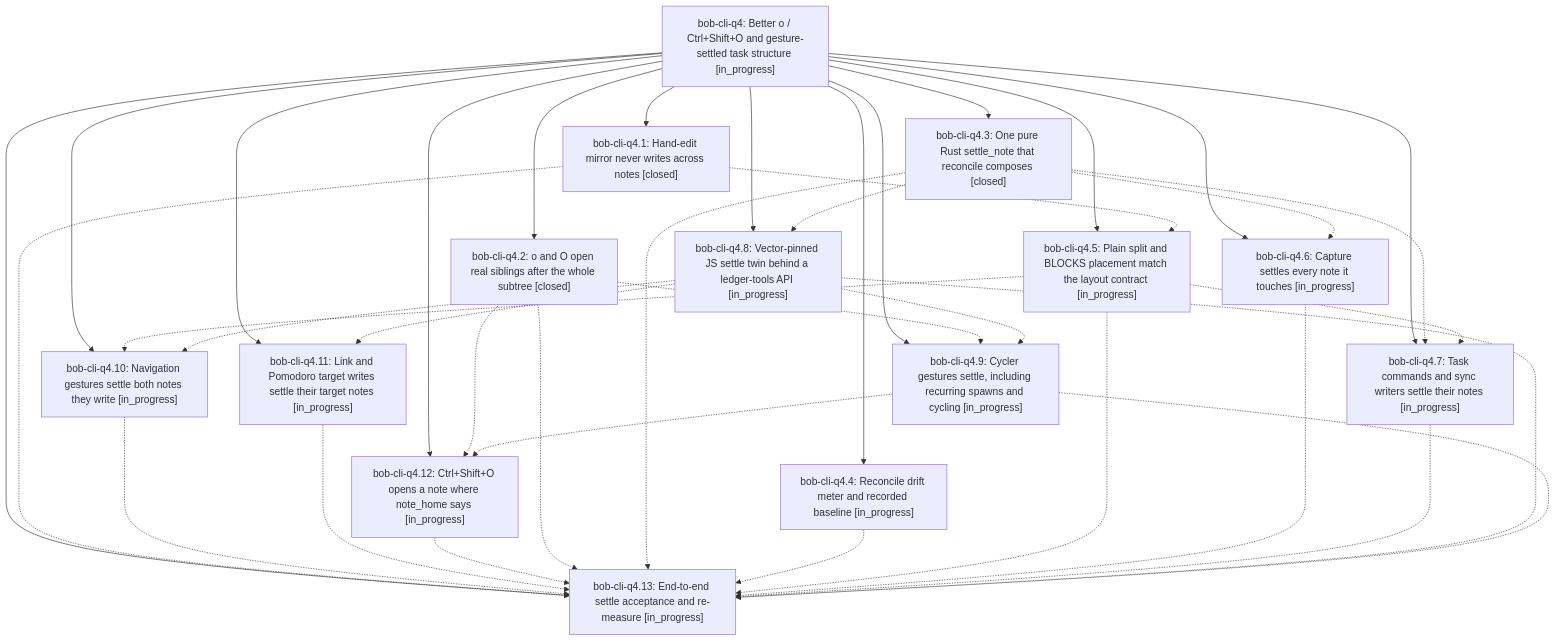
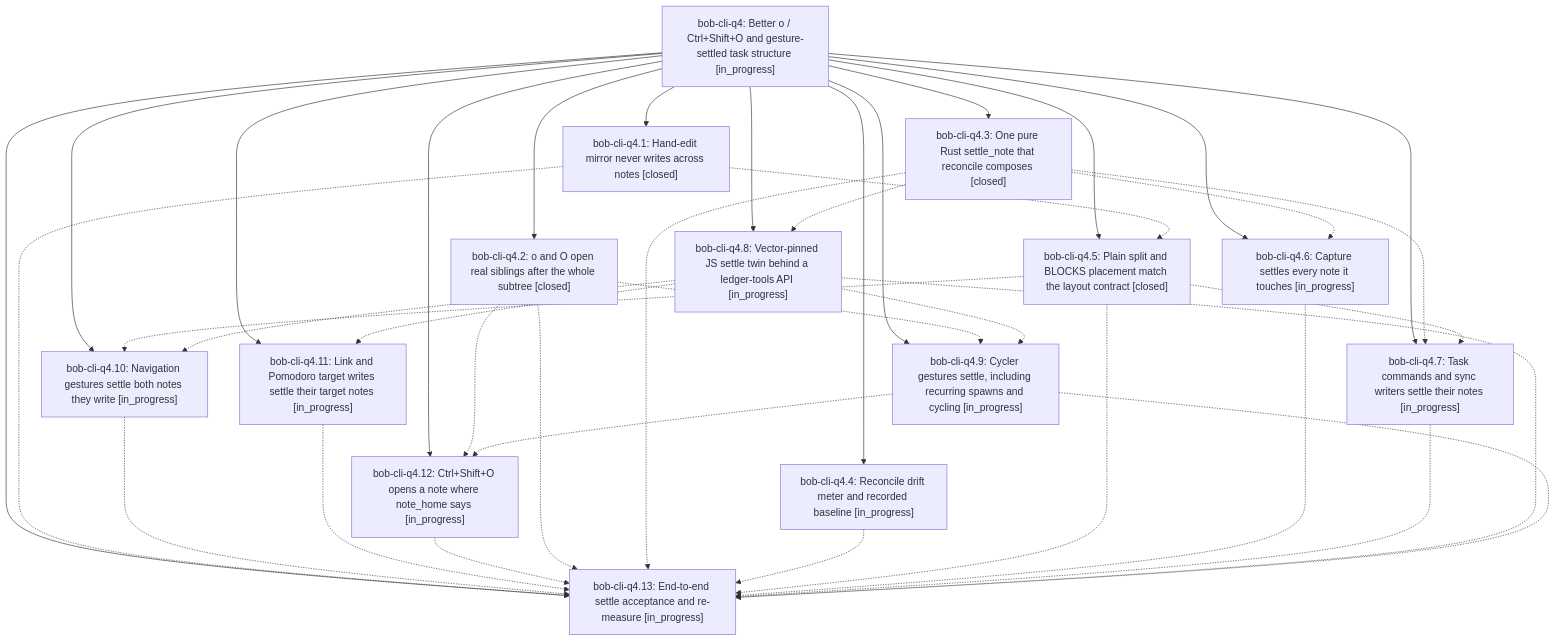
The diagram in pages/bob-cli-q4/README.md (bobs-org/bob-cli--beads), drawn with Mermaid before and after one commit. The commit also changed other lines of this file and 4 other files, not shown here.

First line of the commit message:
chore(beads): sync bead state and pages for bob-cli-q4

````diff
--- a/pages/bob-cli-q4/README.md
+++ b/pages/bob-cli-q4/README.md
@@ -48,54 +48,54 @@
 ```mermaid
 flowchart TD
     n0["bob-cli-q4: Better o / Ctrl+Shift+O and gesture-settled task structure [in_progress]"]
     n1["bob-cli-q4.1: Hand-edit mirror never writes across notes [closed]"]
     n2["bob-cli-q4.10: Navigation gestures settle both notes they write [in_progress]"]
     n3["bob-cli-q4.11: Link and Pomodoro target writes settle their target notes [in_progress]"]
     n4["bob-cli-q4.12: Ctrl+Shift+O opens a note where note_home says [in_progress]"]
     n5["bob-cli-q4.13: End-to-end settle acceptance and re-measure [in_progress]"]
     n6["bob-cli-q4.2: o and O open real siblings after the whole subtree [closed]"]
     n7["bob-cli-q4.3: One pure Rust settle_note that reconcile composes [closed]"]
     n8["bob-cli-q4.4: Reconcile drift meter and recorded baseline [in_progress]"]
-    n9["bob-cli-q4.5: Plain split and BLOCKS placement match the layout contract [in_progress]"]
+    n9["bob-cli-q4.5: Plain split and BLOCKS placement match the layout contract [closed]"]
     n10["bob-cli-q4.6: Capture settles every note it touches [in_progress]"]
     n11["bob-cli-q4.7: Task commands and sync writers settle their notes [in_progress]"]
     n12["bob-cli-q4.8: Vector-pinned JS settle twin behind a ledger-tools API [in_progress]"]
     n13["bob-cli-q4.9: Cycler gestures settle, including recurring spawns and cycling [in_progress]"]
     n0 --> n1
     n0 --> n2
     n0 --> n3
     n0 --> n4
     n0 --> n5
     n0 --> n6
     n0 --> n7
     n0 --> n8
     n0 --> n9
     n0 --> n10
     n0 --> n11
     n0 --> n12
     n0 --> n13
     n1 -.-> n5
     n1 -.-> n9
     n2 -.-> n5
     n3 -.-> n5
     n4 -.-> n5
     n6 -.-> n4
     n6 -.-> n5
     n6 -.-> n13
     n7 -.-> n5
     n7 -.-> n10
     n7 -.-> n11
     n7 -.-> n12
     n8 -.-> n5
     n9 -.-> n2
     n9 -.-> n5
     n9 -.-> n11
     n10 -.-> n5
     n11 -.-> n5
     n12 -.-> n2
     n12 -.-> n3
     n12 -.-> n5
     n12 -.-> n13
     n13 -.-> n4
     n13 -.-> n5
 ```
````
